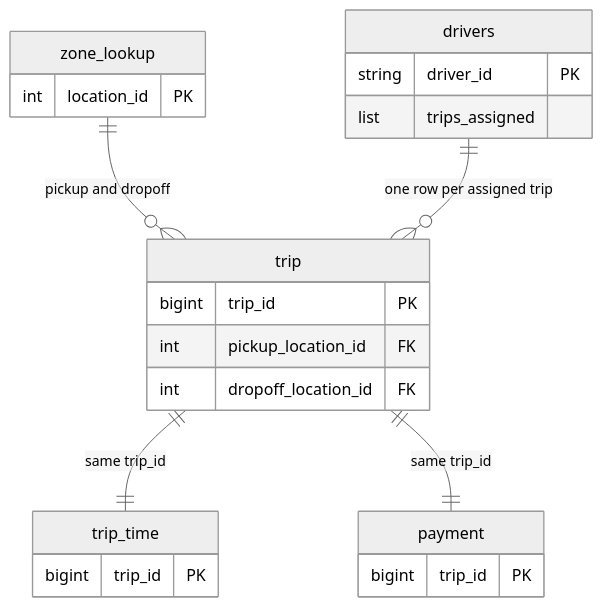
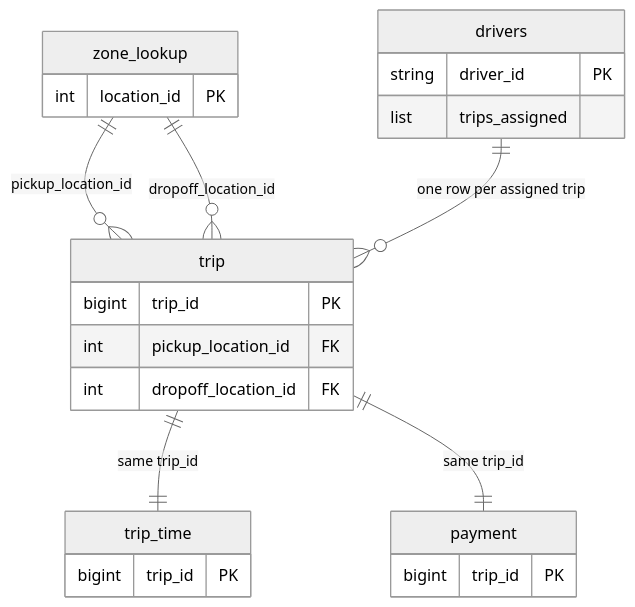
One commit to rajdump/pyspark-on-azure-databricks-academy changed the first of 7 diagrams in docs/data/dataset-guide.md. Above: the diagram before and after it, drawn with Mermaid (neutral theme). The commit also changed other lines of this file and 1 other file, not shown here.

````diff
--- a/docs/data/dataset-guide.md
+++ b/docs/data/dataset-guide.md
@@ -38,26 +35,27 @@
 ```mermaid
 erDiagram
     trip {
         bigint trip_id PK
         int    pickup_location_id  FK
         int    dropoff_location_id FK
     }
     trip_time {
         bigint trip_id PK
     }
     payment {
         bigint trip_id PK
     }
     zone_lookup {
         int location_id PK
     }
     drivers {
         string driver_id PK
         list   trips_assigned
     }
 
     trip        ||--|| trip_time   : "same trip_id"
     trip        ||--|| payment     : "same trip_id"
-    zone_lookup ||--o{ trip        : "pickup and dropoff"
+    zone_lookup ||--o{ trip        : "pickup_location_id"
+    zone_lookup ||--o{ trip        : "dropoff_location_id"
     drivers     ||--o{ trip        : "one row per assigned trip"
 ```
````
